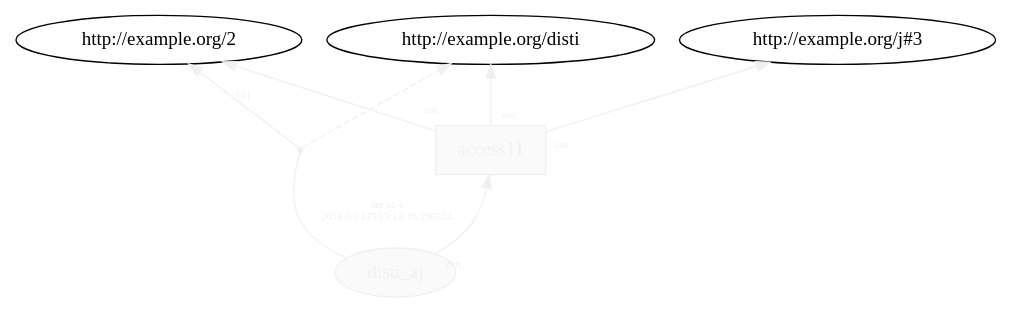
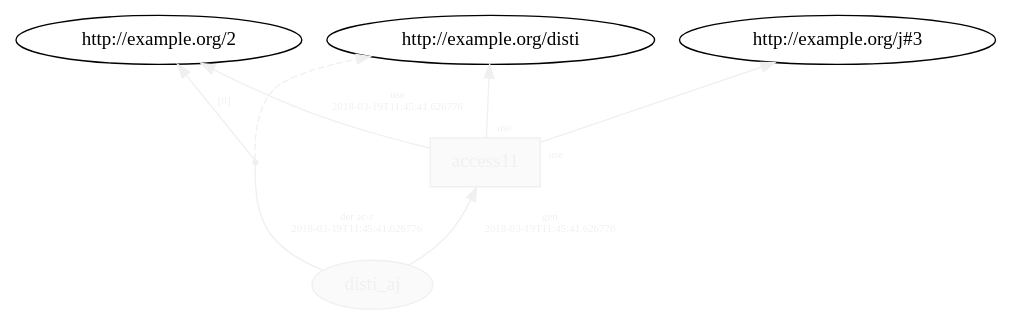
Before and after one commit to dew-uff/versioned-prov: the diagram in generated/versioned_prov/temp/L20__access.dot, drawn with Graphviz. The commit also changed 619 other files, not shown here.

```diff
--- a/generated/versioned_prov/temp/L20__access.dot
+++ b/generated/versioned_prov/temp/L20__access.dot
@@ -1,13 +1,15 @@
 digraph "PROV" { size="16,12"; rankdir="BT";
 "http://example.org/disti_aj" [fillcolor="#FAFAFA",color="#F0F0F0",style="filled",fontcolor="#F0F0F0",label="disti_aj",URL="http://example.org/disti_aj"]
 "http://example.org/access11" [fillcolor="#FAFAFA",color="#F0F0F0",shape="polygon",sides="4",style="filled",fontcolor="#F0F0F0",label="access11",URL="http://example.org/access11"]
 "bn0" [shape="point",label="",fontcolor="#F0F0F0",color="#F0F0F0"]
 "http://example.org/disti_aj" -> "bn0" [fontsize="8",distance="1.5",angle="60.0",rotation="20",label="der ac-r
-2018-03-12T13:12:16.290524",arrowhead="none",fontcolor="#F0F0F0",color="#F0F0F0"]
+2018-03-19T11:45:41.626776",arrowhead="none",fontcolor="#F0F0F0",color="#F0F0F0"]
 "bn0" -> "http://example.org/disti" [style="dashed",fontcolor="#F0F0F0",color="#F0F0F0"]
 "bn0" -> "http://example.org/2" [fontsize="8",distance="1.5",angle="60.0",rotation="20",label="[0]",fontcolor="#F0F0F0",color="#F0F0F0"]
 "http://example.org/access11" -> "http://example.org/disti" [labelfontsize="8",labeldistance="1.5",labelangle="60.0",rotation="20",taillabel="use",fontcolor="#F0F0F0",color="#F0F0F0"]
 "http://example.org/access11" -> "http://example.org/j#3" [labelfontsize="8",labeldistance="1.5",labelangle="60.0",rotation="20",taillabel="use",fontcolor="#F0F0F0",color="#F0F0F0"]
-"http://example.org/access11" -> "http://example.org/2" [labelfontsize="8",labeldistance="1.5",labelangle="60.0",rotation="20",taillabel="use",fontcolor="#F0F0F0",color="#F0F0F0"]
-"http://example.org/disti_aj" -> "http://example.org/access11" [labelfontsize="8",labeldistance="1.5",labelangle="60.0",rotation="20",taillabel="gen",fontcolor="#F0F0F0",color="#F0F0F0"]
+"http://example.org/access11" -> "http://example.org/2" [fontsize="8",distance="1.5",angle="60.0",rotation="20",label="use
+2018-03-19T11:45:41.626776",fontcolor="#F0F0F0",color="#F0F0F0"]
+"http://example.org/disti_aj" -> "http://example.org/access11" [fontsize="8",distance="1.5",angle="60.0",rotation="20",label="gen
+2018-03-19T11:45:41.626776",fontcolor="#F0F0F0",color="#F0F0F0"]
 }
```
